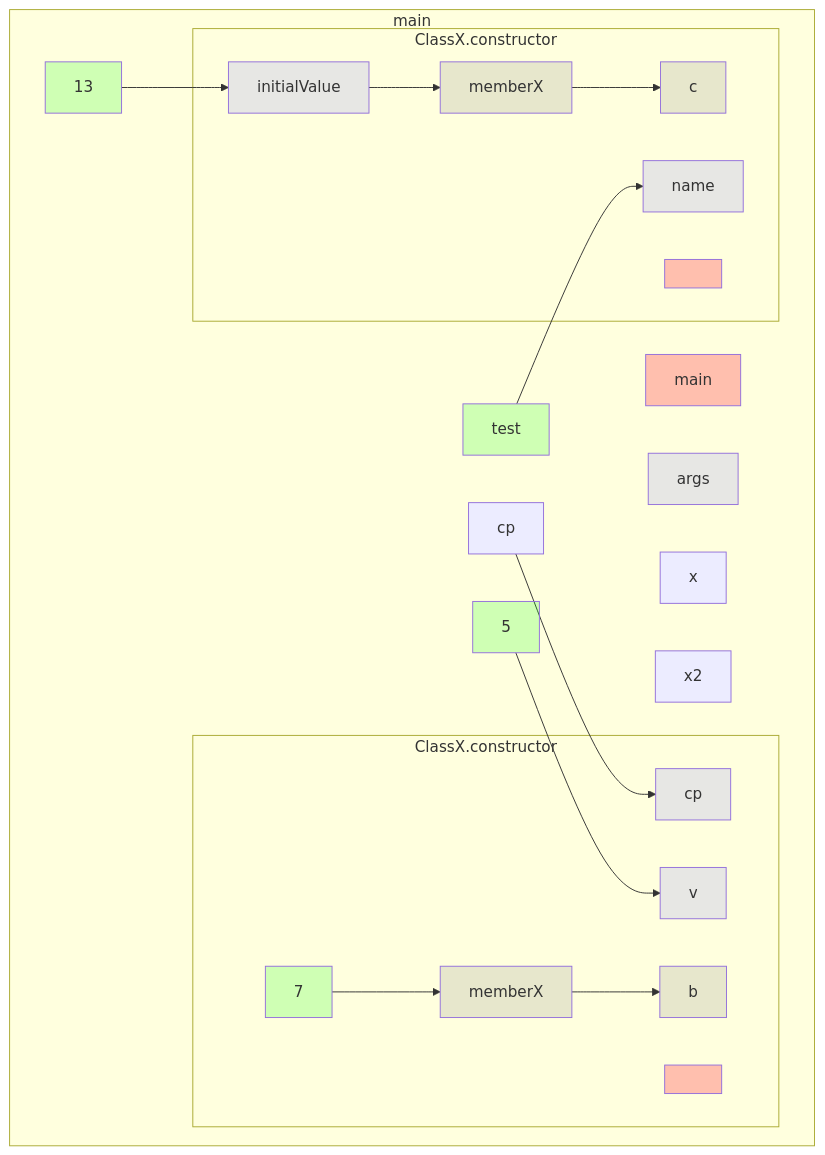
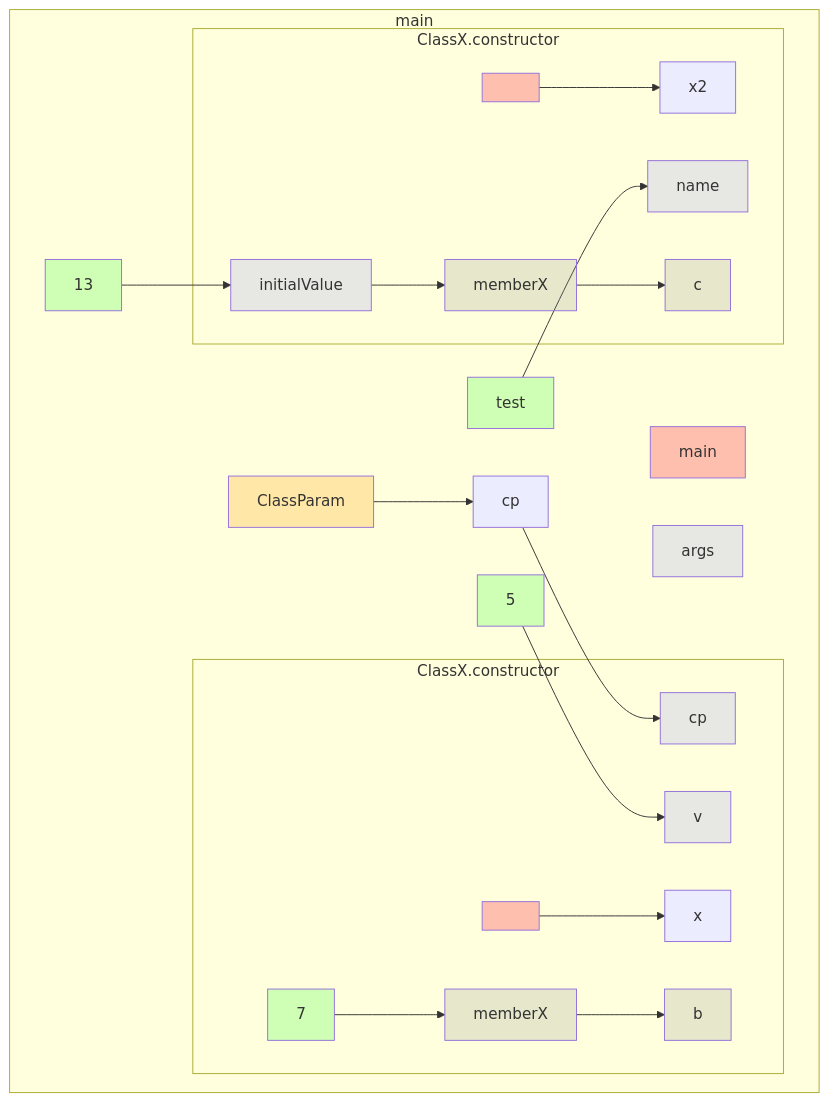
One commit to gstiebler/codeflow changed the diagram in app/src/test/resources/constructor/truth.md. Above: the diagram before and after it, drawn with Mermaid. The commit also changed 57 other files, not shown here.

````diff
--- a/app/src/test/resources/constructor/truth.md
+++ b/app/src/test/resources/constructor/truth.md
@@ -1,42 +1,46 @@
 ```mermaid
 flowchart TD
   subgraph b0["main"]
     n1[main]:::RETURN
     n2[args]:::FUNC_PARAM
     n3[cp]:::OBJ_VARIABLE
-    n4[x]:::OBJ_VARIABLE
-    n9[5]:::LITERAL
-    n12[b]:::VARIABLE
-    n13[x2]:::OBJ_VARIABLE
-    n18[13]:::LITERAL
-    n19["test"]:::LITERAL
-    n21[c]:::VARIABLE
-    n3[cp]:::OBJ_VARIABLE --> n8[cp]:::FUNC_PARAM
-    n9[5]:::LITERAL --> n7[v]:::FUNC_PARAM
-    n18[13]:::LITERAL --> n16[initialValue]:::FUNC_PARAM
-    n19["test"]:::LITERAL --> n17[name]:::FUNC_PARAM
-    subgraph b5["ClassX.constructor"]
-      n6[<init>]:::RETURN
-      n7[v]:::FUNC_PARAM
-      n8[cp]:::FUNC_PARAM
-      n10[memberX]:::VARIABLE
-      n11[7]:::LITERAL
-      n10[memberX]:::VARIABLE --> n12[b]:::VARIABLE
-      n11[7]:::LITERAL --> n10[memberX]:::VARIABLE
+    n4[ClassParam]:::EXTERNAL
+    n5[x]:::OBJ_VARIABLE
+    n6[5]:::LITERAL
+    n13[b]:::VARIABLE
+    n14[x2]:::OBJ_VARIABLE
+    n15[13]:::LITERAL
+    n16["test"]:::LITERAL
+    n22[c]:::VARIABLE
+    n3[cp]:::OBJ_VARIABLE --> n10[cp]:::FUNC_PARAM
+    n4[ClassParam]:::EXTERNAL --> n3[cp]:::OBJ_VARIABLE
+    n6[5]:::LITERAL --> n9[v]:::FUNC_PARAM
+    n15[13]:::LITERAL --> n19[initialValue]:::FUNC_PARAM
+    n16["test"]:::LITERAL --> n20[name]:::FUNC_PARAM
+    subgraph b7["ClassX.constructor"]
+      n8[<init>]:::RETURN
+      n9[v]:::FUNC_PARAM
+      n10[cp]:::FUNC_PARAM
+      n11[memberX]:::VARIABLE
+      n12[7]:::LITERAL
+      n8[<init>]:::RETURN --> n5[x]:::OBJ_VARIABLE
+      n11[memberX]:::VARIABLE --> n13[b]:::VARIABLE
+      n12[7]:::LITERAL --> n11[memberX]:::VARIABLE
     end
-    subgraph b14["ClassX.constructor"]
-      n15[<init>]:::RETURN
-      n16[initialValue]:::FUNC_PARAM
-      n17[name]:::FUNC_PARAM
-      n20[memberX]:::VARIABLE
-      n16[initialValue]:::FUNC_PARAM --> n20[memberX]:::VARIABLE
-      n20[memberX]:::VARIABLE --> n21[c]:::VARIABLE
+    subgraph b17["ClassX.constructor"]
+      n18[<init>]:::RETURN
+      n19[initialValue]:::FUNC_PARAM
+      n20[name]:::FUNC_PARAM
+      n21[memberX]:::VARIABLE
+      n18[<init>]:::RETURN --> n14[x2]:::OBJ_VARIABLE
+      n19[initialValue]:::FUNC_PARAM --> n21[memberX]:::VARIABLE
+      n21[memberX]:::VARIABLE --> n22[c]:::VARIABLE
     end
   end
   classDef LITERAL fill:#00FF0030
   classDef VARIABLE fill:#80808030
   classDef BIN_OP fill:#80808080
   classDef FUNC_PARAM fill:#8080FF30
   classDef RETURN fill:#FF808080
   classDef EXTERNAL fill:#FFA50040
 ```
````
